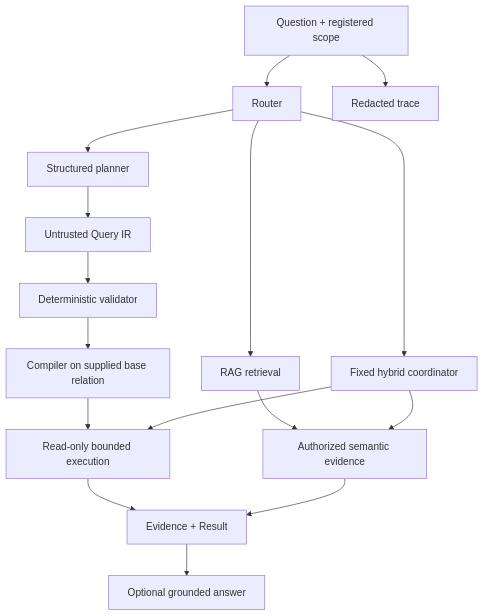
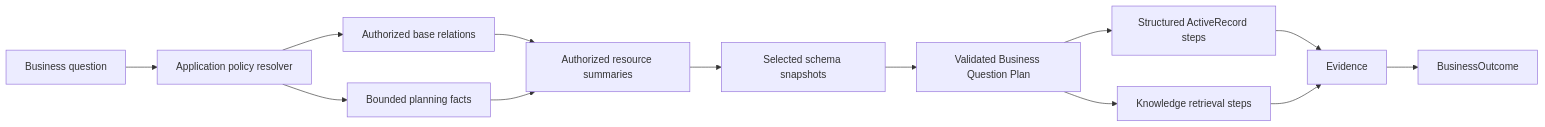
One commit to benjis/maglev changed the diagram in README.md. Above: the diagram before and after it, drawn with Mermaid. The commit also changed other lines of this file and 125 other files, not shown here.

````diff
--- a/README.md
+++ b/README.md
@@ -76,18 +88,15 @@
 ```mermaid
-flowchart TD
-  Q["Question + registered scope"] --> R["Router"]
-  R --> S["Structured planner"]
-  R --> G["RAG retrieval"]
-  R --> H["Fixed hybrid coordinator"]
-  S --> I["Untrusted Query IR"]
-  I --> V["Deterministic validator"]
-  V --> C["Compiler on supplied base relation"]
-  C --> E["Read-only bounded execution"]
-  G --> X["Authorized semantic evidence"]
-  H --> E
-  H --> X
-  E --> O["Evidence + Result"]
-  X --> O
-  O --> A["Optional grounded answer"]
-  Q --> T["Redacted trace"]
+flowchart LR
+    Q["Business question"] --> P["Application policy resolver"]
+    P --> AR["Authorized base relations"]
+    P --> F["Bounded planning facts"]
+    AR --> C["Authorized resource summaries"]
+    F --> C
+    C --> S["Selected schema snapshots"]
+    S --> B["Validated Business Question Plan"]
+    B --> SQ["Structured ActiveRecord steps"]
+    B --> KQ["Knowledge retrieval steps"]
+    SQ --> E["Evidence"]
+    KQ --> E
+    E --> O["BusinessOutcome"]
 ```
````
